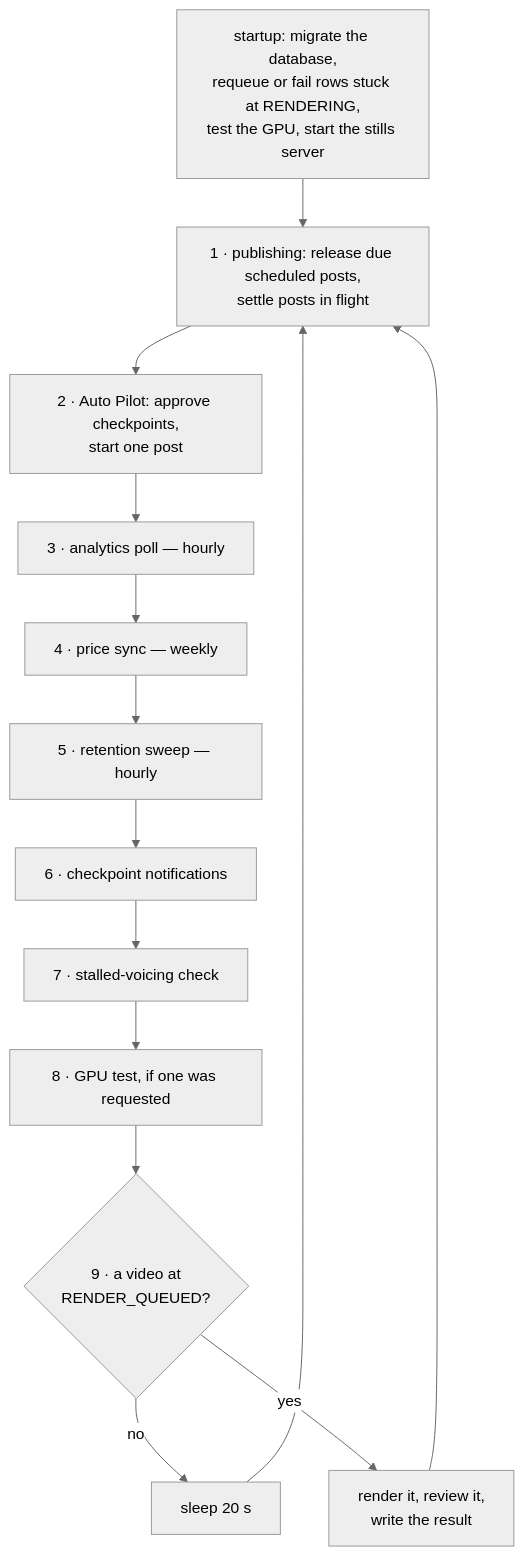
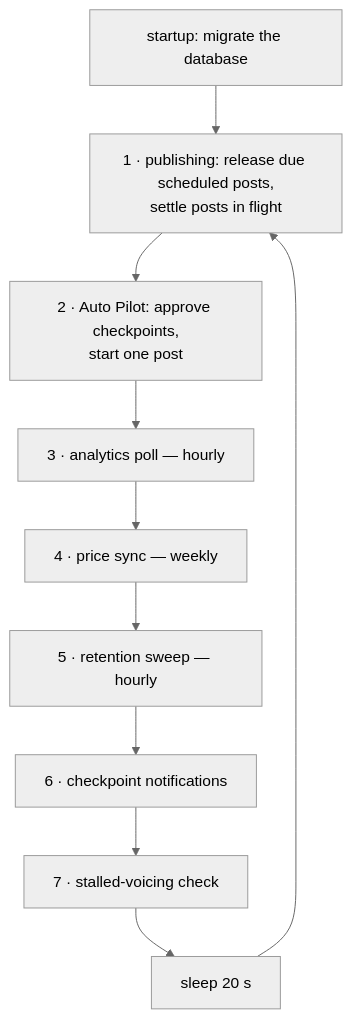
One commit to teja156/tubematic changed the diagram in docs/developer/12-the-worker.md. Above: the diagram before and after it, drawn with Mermaid (neutral theme). The commit also changed other lines of this file and 45 other files, not shown here.

````diff
--- a/docs/developer/12-the-worker.md
+++ b/docs/developer/12-the-worker.md
@@ -20,14 +26,12 @@
 ```mermaid
 flowchart TD
-    S[startup: migrate the database,<br/>requeue or fail rows stuck at RENDERING,<br/>test the GPU, start the stills server] --> P
+    S[startup: migrate the database] --> P
     P[1 · publishing: release due scheduled posts,<br/>settle posts in flight] --> A
     A[2 · Auto Pilot: approve checkpoints,<br/>start one post] --> M
     M[3 · analytics poll — hourly] --> PR
     PR[4 · price sync — weekly] --> R
     R[5 · retention sweep — hourly] --> N
     N[6 · checkpoint notifications] --> V
-    V[7 · stalled-voicing check] --> G
-    G[8 · GPU test, if one was requested] --> C{9 · a video at<br/>RENDER_QUEUED?}
-    C -->|no| SL[sleep 20 s] --> P
-    C -->|yes| RN[render it, review it,<br/>write the result] --> P
+    V[7 · stalled-voicing check] --> SL
+    SL[sleep 20 s] --> P
 ```
````
